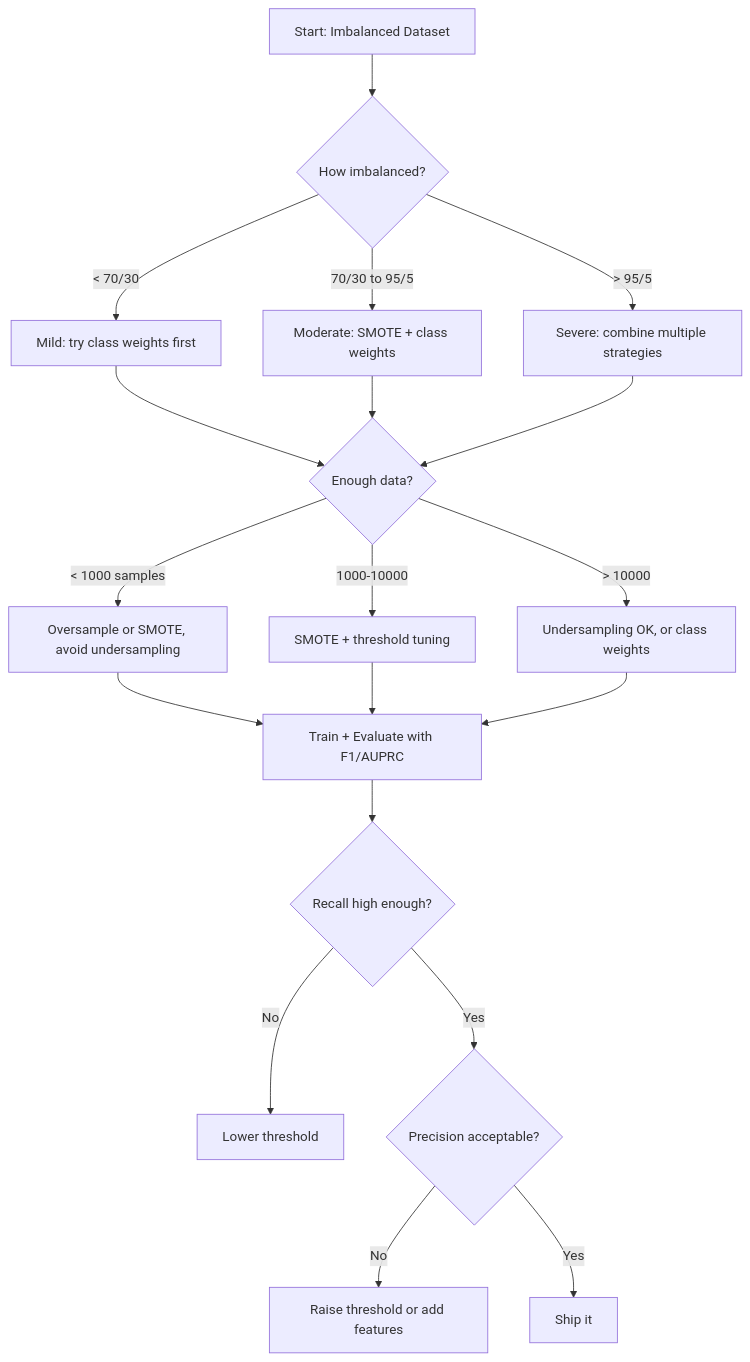
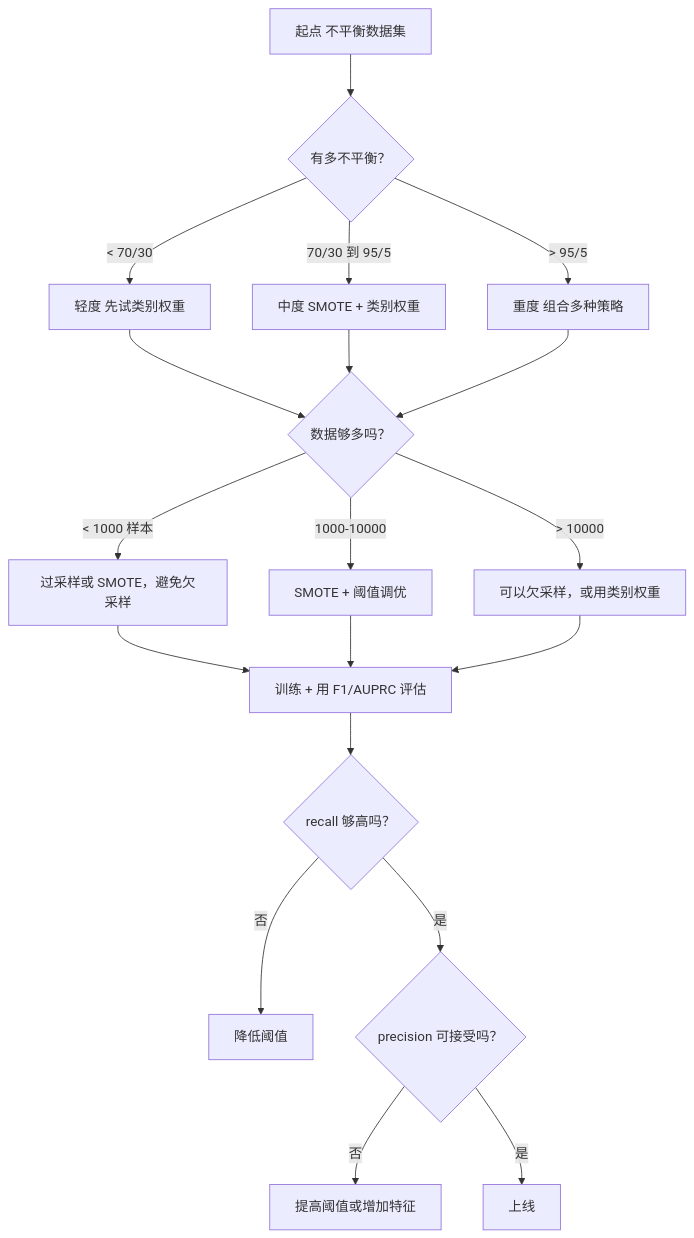
The fourth of 4 diagrams in phases/02-ml-fundamentals/17-imbalanced-data/docs/zh.md (JerryC8080/ai-engineering-from-scratch-zh), drawn with Mermaid before and after one commit. The commit also changed other lines of this file and 156 other files, not shown here.

First line of the commit message:
i18n(zh): translate mermaid diagram labels in 157 lesson zh.md

````diff
--- a/phases/02-ml-fundamentals/17-imbalanced-data/docs/zh.md
+++ b/phases/02-ml-fundamentals/17-imbalanced-data/docs/zh.md
@@ -194,21 +194,21 @@
 ```mermaid
 flowchart TD
-    A[Start: Imbalanced Dataset] --> B{How imbalanced?}
-    B -->|"< 70/30"| C["Mild: try class weights first"]
-    B -->|"70/30 to 95/5"| D["Moderate: SMOTE + class weights"]
-    B -->|"> 95/5"| E["Severe: combine multiple strategies"]
-    C --> F{Enough data?}
+    A[起点 不平衡数据集] --> B{有多不平衡？}
+    B -->|"< 70/30"| C["轻度 先试类别权重"]
+    B -->|"70/30 到 95/5"| D["中度 SMOTE + 类别权重"]
+    B -->|"> 95/5"| E["重度 组合多种策略"]
+    C --> F{数据够多吗？}
     D --> F
     E --> F
-    F -->|"< 1000 samples"| G["Oversample or SMOTE, avoid undersampling"]
-    F -->|"1000-10000"| H["SMOTE + threshold tuning"]
-    F -->|"> 10000"| I["Undersampling OK, or class weights"]
-    G --> J[Train + Evaluate with F1/AUPRC]
+    F -->|"< 1000 样本"| G["过采样或 SMOTE，避免欠采样"]
+    F -->|"1000-10000"| H["SMOTE + 阈值调优"]
+    F -->|"> 10000"| I["可以欠采样，或用类别权重"]
+    G --> J[训练 + 用 F1/AUPRC 评估]
     H --> J
     I --> J
-    J --> K{Recall high enough?}
-    K -->|No| L[Lower threshold]
-    K -->|Yes| M{Precision acceptable?}
-    M -->|No| N[Raise threshold or add features]
-    M -->|Yes| O[Ship it]
+    J --> K{recall 够高吗？}
+    K -->|否| L[降低阈值]
+    K -->|是| M{precision 可接受吗？}
+    M -->|否| N[提高阈值或增加特征]
+    M -->|是| O[上线]
 ```
````
